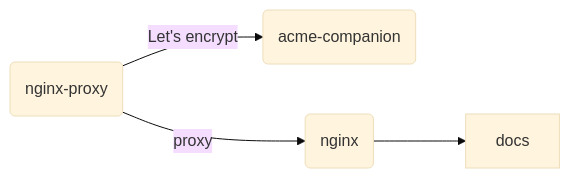
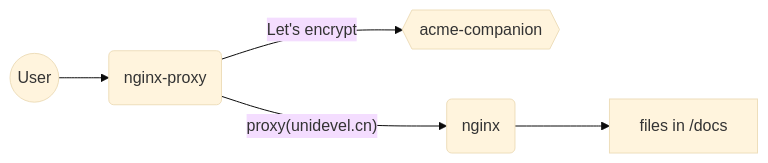
Before and after one commit to unidevel/mysite: the first of 2 diagrams in docs/README.md, drawn with Mermaid (base theme). The commit also changed other lines of this file, not shown here.

````diff
--- a/docs/README.md
+++ b/docs/README.md
@@ -5,6 +5,7 @@
 ```mermaid
 graph LR
-    proxy(nginx-proxy) -- Let's encrypt --> acme(acme-companion)
-    proxy -- proxy --> nginx-docs(nginx)
-    nginx-docs --> docs[docs]
+    user(( User )) --> proxy
+    proxy(nginx-proxy) -- Let's encrypt --> acme{{acme-companion}}
+    proxy -- proxy(unidevel.cn) --> nginx-docs(nginx)
+    nginx-docs --> docs[ files in /docs ]
 ```
````
